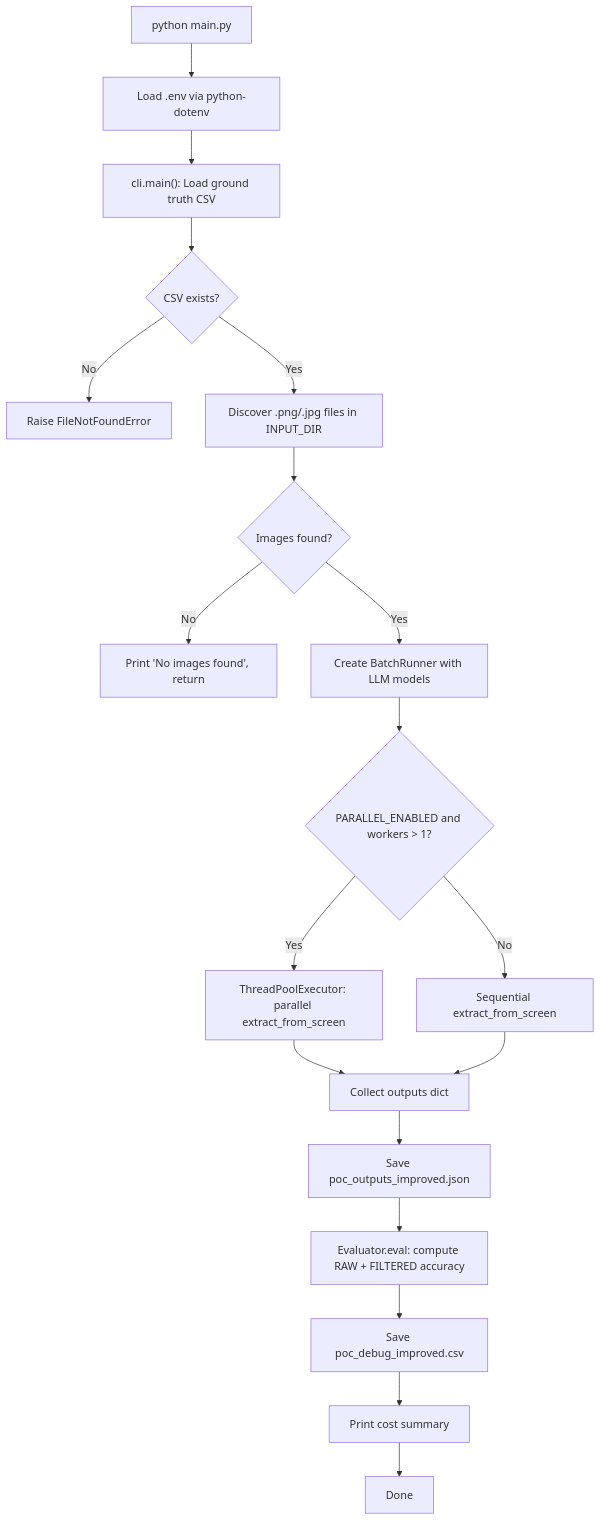
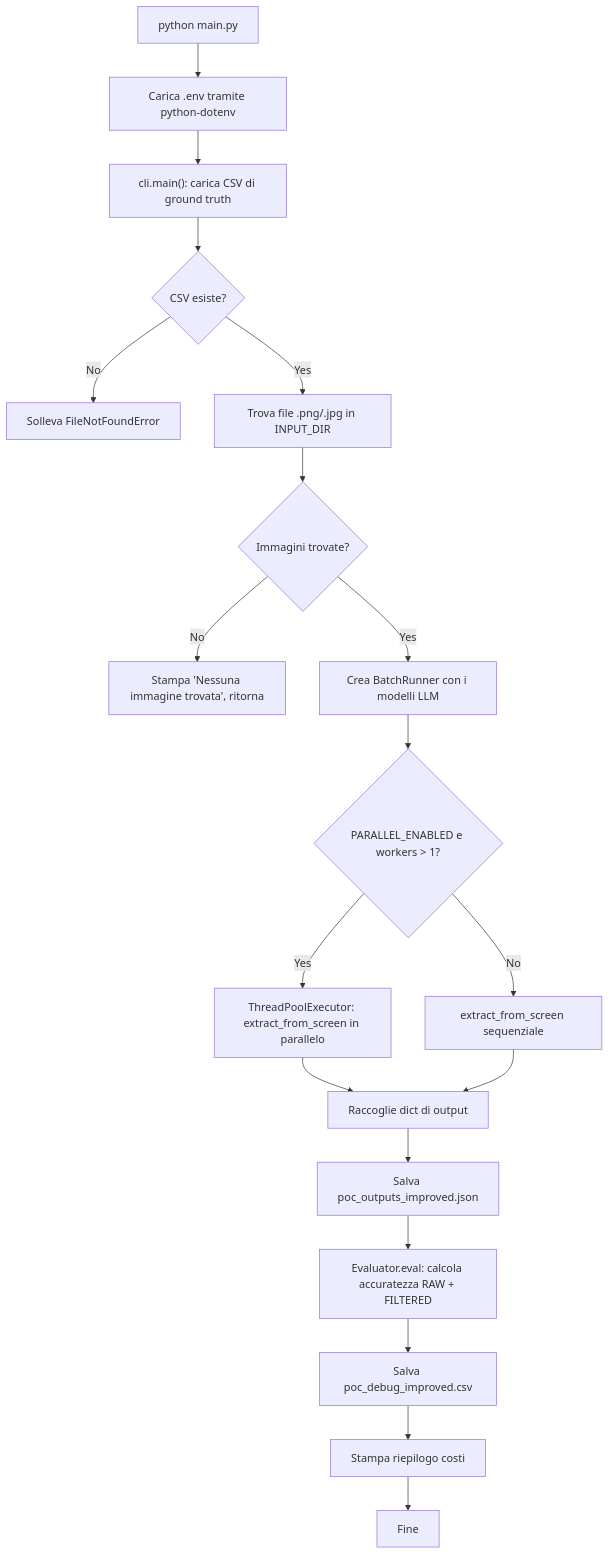
Before and after one commit to acaprino/MOL-BPER-OCR: the first of 7 diagrams in docs-alfio/05-workflows.md, drawn with Mermaid. The commit also changed other lines of this file and 13 other files, not shown here.

````diff
--- a/docs-alfio/05-workflows.md
+++ b/docs-alfio/05-workflows.md
@@ -11,21 +11,21 @@
 ```mermaid
 flowchart TD
-    A["python main.py"] --> B["Load .env via python-dotenv"]
-    B --> C["cli.main(): Load ground truth CSV"]
-    C --> D{"CSV exists?"}
-    D -- No --> E["Raise FileNotFoundError"]
-    D -- Yes --> F["Discover .png/.jpg files in INPUT_DIR"]
-    F --> G{"Images found?"}
-    G -- No --> H["Print 'No images found', return"]
-    G -- Yes --> I["Create BatchRunner with LLM models"]
-    I --> J{"PARALLEL_ENABLED and workers > 1?"}
-    J -- Yes --> K["ThreadPoolExecutor: parallel extract_from_screen"]
-    J -- No --> L["Sequential extract_from_screen"]
-    K --> M["Collect outputs dict"]
+    A["python main.py"] --> B["Carica .env tramite python-dotenv"]
+    B --> C["cli.main(): carica CSV di ground truth"]
+    C --> D{"CSV esiste?"}
+    D -- No --> E["Solleva FileNotFoundError"]
+    D -- Yes --> F["Trova file .png/.jpg in INPUT_DIR"]
+    F --> G{"Immagini trovate?"}
+    G -- No --> H["Stampa 'Nessuna immagine trovata', ritorna"]
+    G -- Yes --> I["Crea BatchRunner con i modelli LLM"]
+    I --> J{"PARALLEL_ENABLED e workers > 1?"}
+    J -- Yes --> K["ThreadPoolExecutor: extract_from_screen in parallelo"]
+    J -- No --> L["extract_from_screen sequenziale"]
+    K --> M["Raccoglie dict di output"]
     L --> M
-    M --> N["Save poc_outputs_improved.json"]
-    N --> O["Evaluator.eval: compute RAW + FILTERED accuracy"]
-    O --> P["Save poc_debug_improved.csv"]
-    P --> Q["Print cost summary"]
-    Q --> R["Done"]
+    M --> N["Salva poc_outputs_improved.json"]
+    N --> O["Evaluator.eval: calcola accuratezza RAW + FILTERED"]
+    O --> P["Salva poc_debug_improved.csv"]
+    P --> Q["Stampa riepilogo costi"]
+    Q --> R["Fine"]
 ```
````
